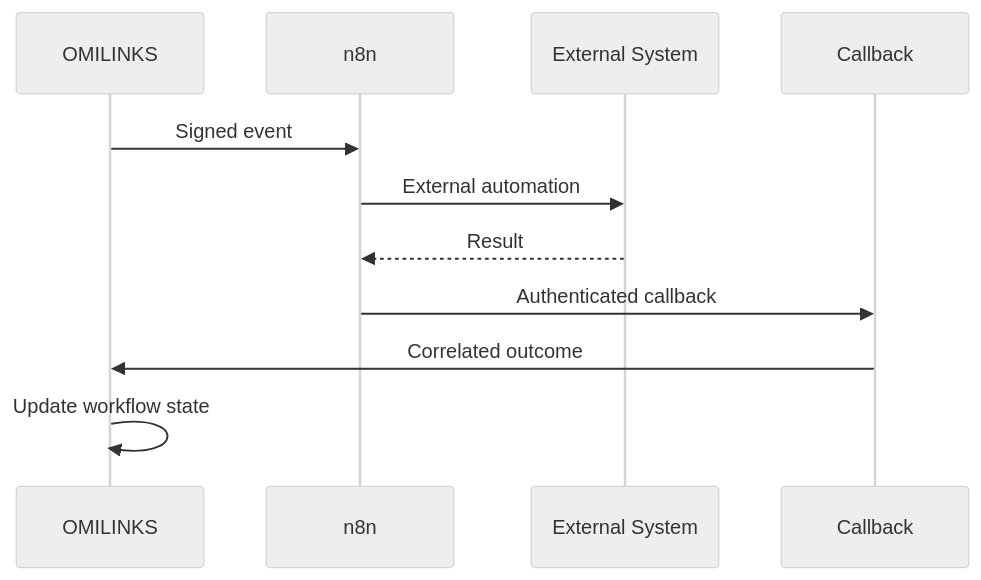
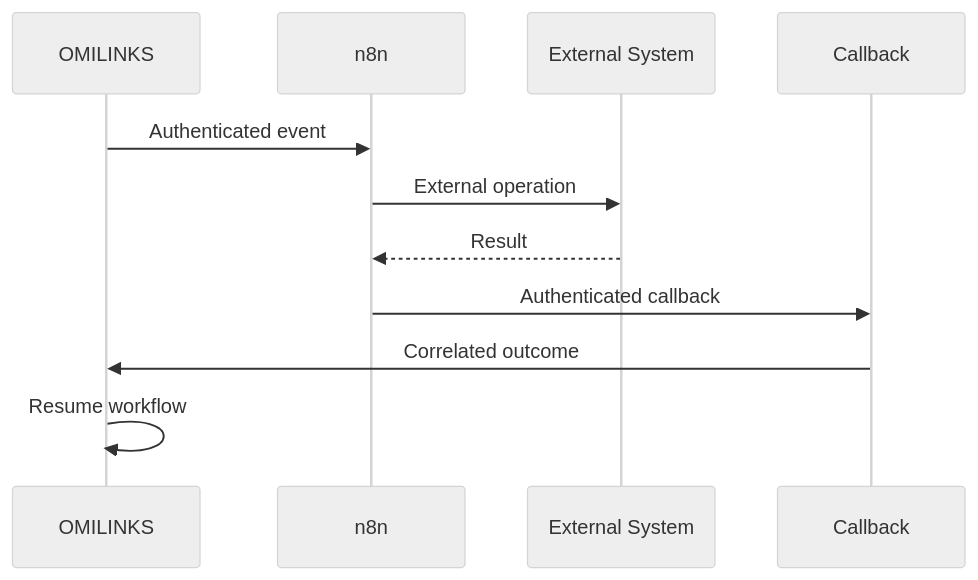
Before and after one commit to D-engahmed/OMILINKS: the diagram in docs/integrations/n8n.md, drawn with Mermaid (neutral theme). The commit also changed other lines of this file and 3 other files, not shown here.

```diff
--- a/docs/integrations/n8n.md
+++ b/docs/integrations/n8n.md
@@ -38,13 +28,13 @@
 ~~~mermaid
 sequenceDiagram
-    participant O as OMILINKS
-    participant N as n8n
-    participant X as External System
-    participant C as Callback
-    O->>N: Signed event
-    N->>X: External automation
-    X-->>N: Result
-    N->>C: Authenticated callback
-    C->>O: Correlated outcome
-    O->>O: Update workflow state
+participant O as OMILINKS
+participant N as n8n
+participant X as External System
+participant C as Callback
+O->>N: Authenticated event
+N->>X: External operation
+X-->>N: Result
+N->>C: Authenticated callback
+C->>O: Correlated outcome
+O->>O: Resume workflow
 ~~~
```
